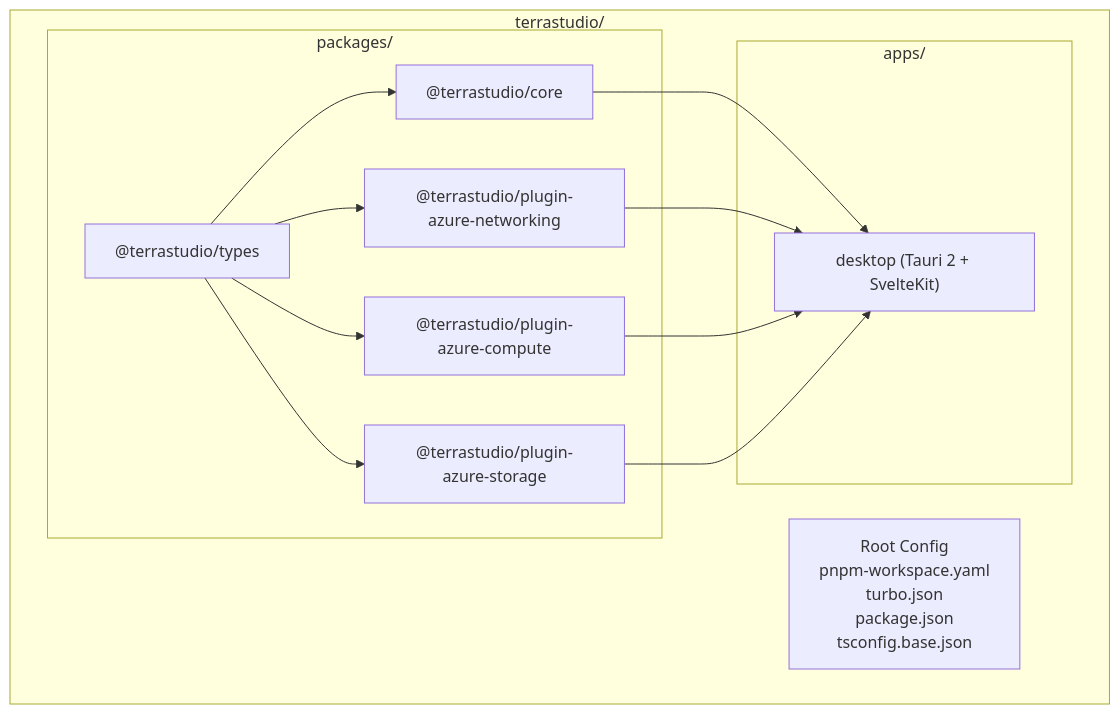
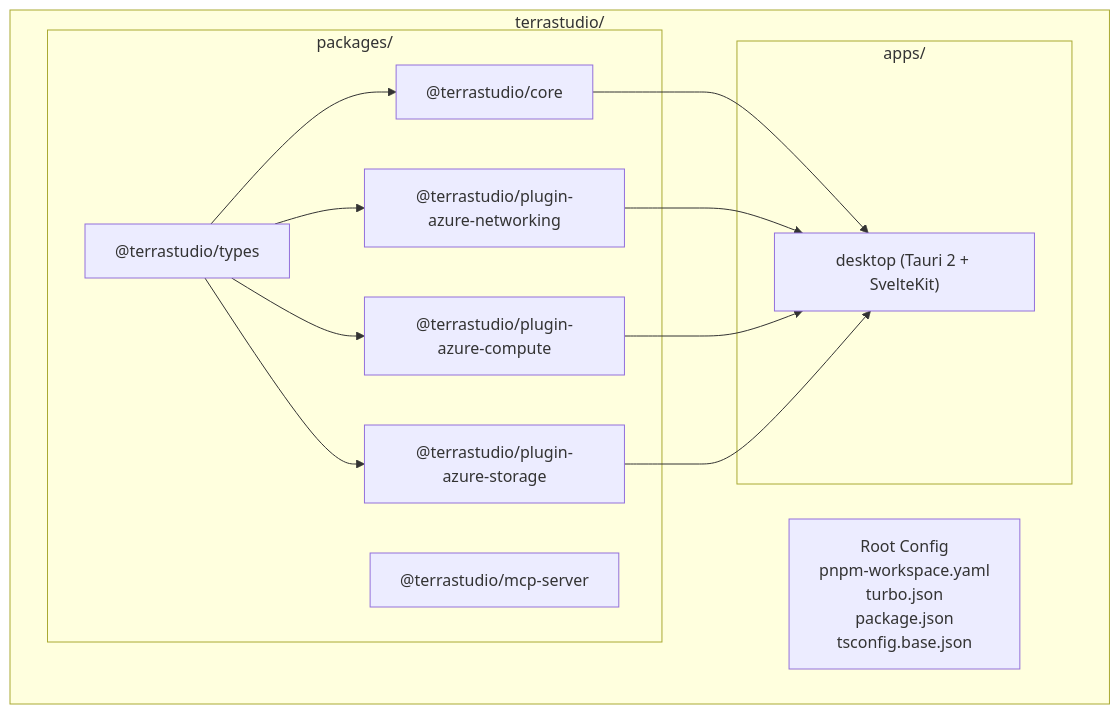
One commit to afroze9/terrastudio changed the first of 2 diagrams in docs/project-structure.md. Above: the diagram before and after it, drawn with Mermaid. The commit also changed other lines of this file and 8 other files, not shown here.

````diff
--- a/docs/project-structure.md
+++ b/docs/project-structure.md
@@ -7,27 +7,28 @@
 ```mermaid
 graph TB
     subgraph Monorepo["terrastudio/"]
         ROOT["Root Config<br/>pnpm-workspace.yaml<br/>turbo.json<br/>package.json<br/>tsconfig.base.json"]
 
         subgraph PKG["packages/"]
             TYPES["@terrastudio/types"]
             CORE["@terrastudio/core"]
+            MCP["@terrastudio/mcp-server"]
             PN["@terrastudio/plugin-azure-networking"]
             PC["@terrastudio/plugin-azure-compute"]
             PS["@terrastudio/plugin-azure-storage"]
         end
 
         subgraph APPS["apps/"]
             DESK["desktop (Tauri 2 + SvelteKit)"]
         end
     end
 
     TYPES --> CORE
     TYPES --> PN
     TYPES --> PC
     TYPES --> PS
     CORE --> DESK
     PN --> DESK
     PC --> DESK
     PS --> DESK
 ```
````
